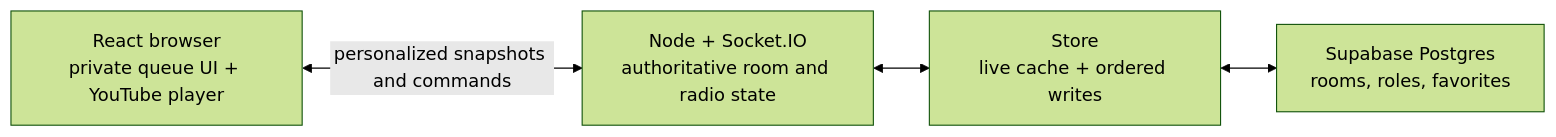
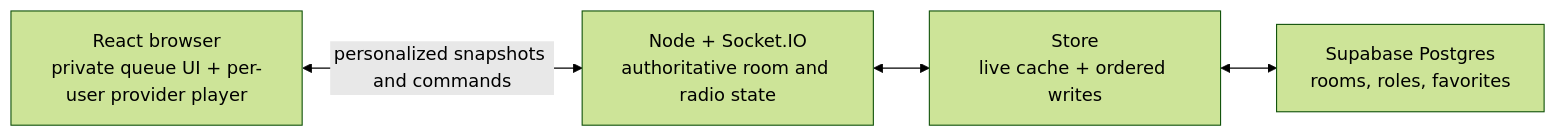
The diagram in docs/rooms-and-radio.md (tobiasmaneschijn/turntune), drawn with Mermaid (forest theme) before and after one commit. The commit also changed other lines of this file and 19 other files, not shown here.

````diff
--- a/docs/rooms-and-radio.md
+++ b/docs/rooms-and-radio.md
@@ -28,11 +28,11 @@
 ```mermaid
 flowchart LR
-  Browser["React browser\nprivate queue UI + YouTube player"]
+  Browser["React browser\nprivate queue UI + per-user provider player"]
   Server["Node + Socket.IO\nauthoritative room and radio state"]
   Store["Store\nlive cache + ordered writes"]
   Database["Supabase Postgres\nrooms, roles, favorites"]
 
   Browser <-->|"personalized snapshots and commands"| Server
   Server <--> Store
   Store <--> Database
 ```
````
